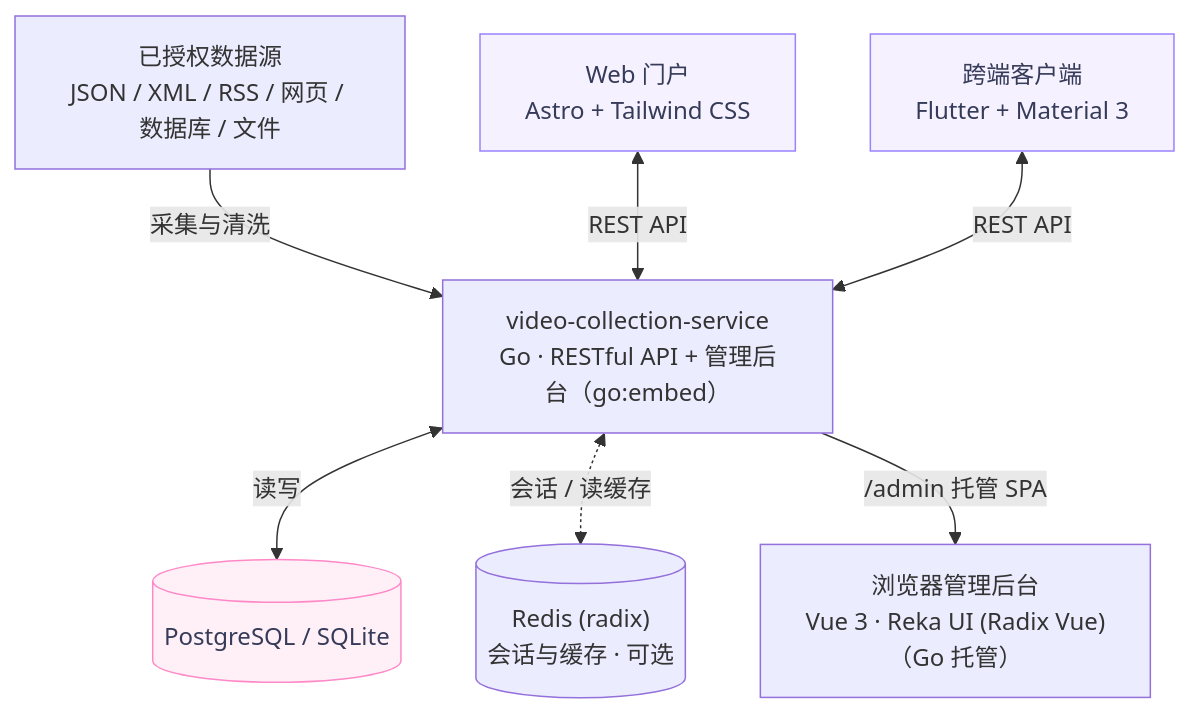
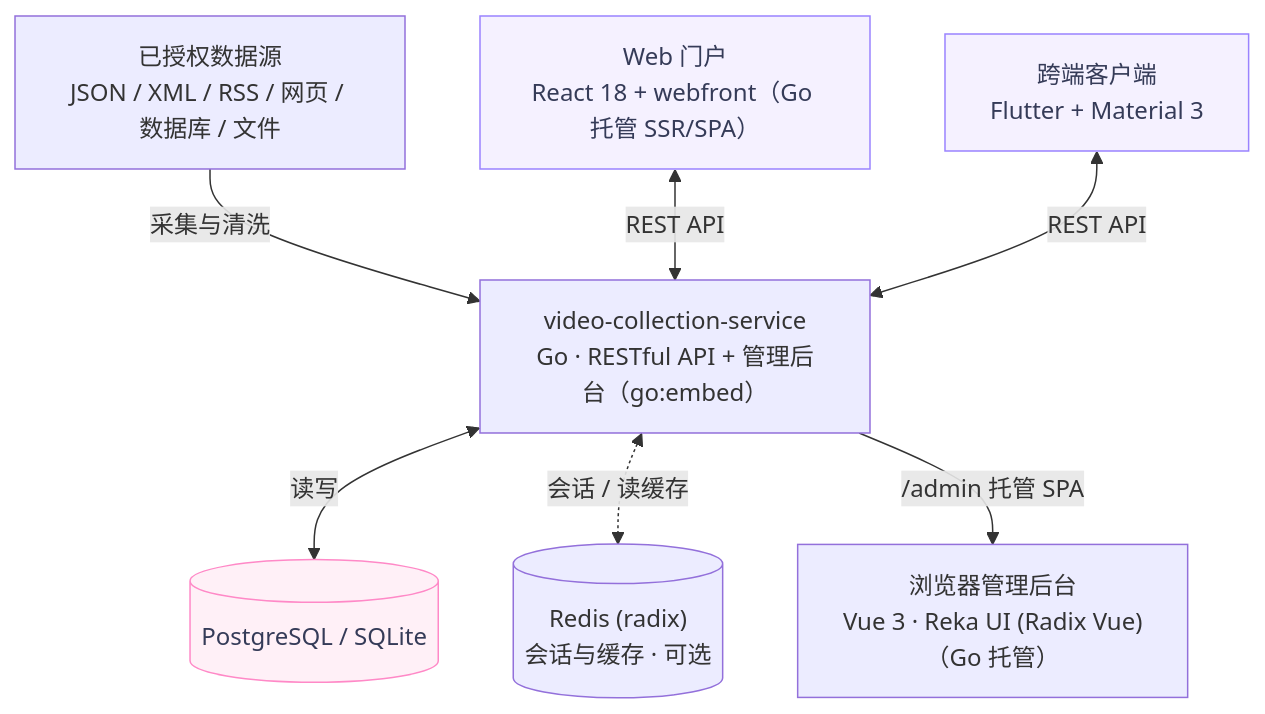
One commit to plunjoin/video-collection changed the diagram in README.md. Above: the diagram before and after it, drawn with Mermaid. The commit also changed other lines of this file and 243 other files, not shown here.

````diff
--- a/README.md
+++ b/README.md
@@ -52,24 +52,24 @@
 ```mermaid
 flowchart TB
     sources["已授权数据源<br/>JSON / XML / RSS / 网页 / 数据库 / 文件"]
     service["video-collection-service<br/>Go · RESTful API + 管理后台（go:embed）"]
     db[("PostgreSQL / SQLite")]
     redis[("Redis (radix)<br/>会话与缓存 · 可选")]
-    web["Web 门户<br/>Astro + Tailwind CSS"]
+    web["Web 门户<br/>React 18 + webfront（Go 托管 SSR/SPA）"]
     app["跨端客户端<br/>Flutter + Material 3"]
     adminClient["浏览器管理后台<br/>Vue 3 · Reka UI (Radix Vue)（Go 托管）"]
 
     sources -->|采集与清洗| service
     service <-->|读写| db
     service <-.->|会话 / 读缓存| redis
     web <-->|REST API| service
     service -->|/admin 托管 SPA| adminClient
     app <-->|REST API| service
 
     classDef service fill:#eef6ff,stroke:#4b9fff,color:#353b58
     classDef client fill:#f5f1ff,stroke:#9a83ff,color:#353b58
     classDef storage fill:#fff0f7,stroke:#ff89c7,color:#353b58
     class api service
     class web,admin,app client
     class db storage
 ```
````
